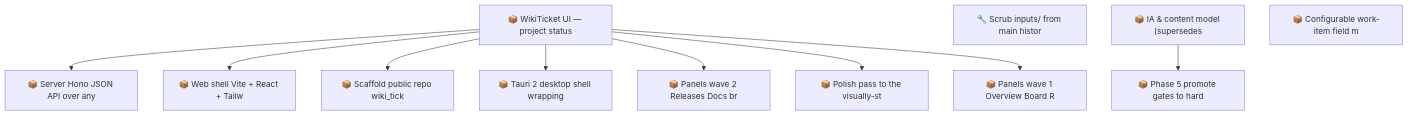
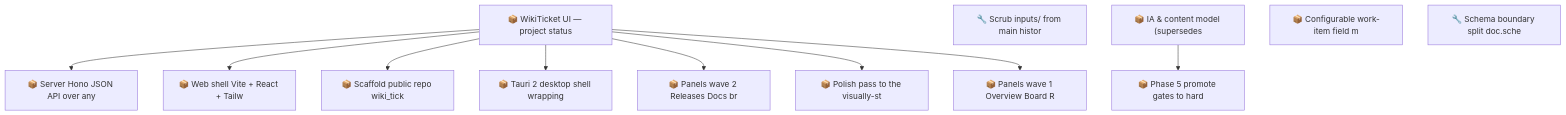
Before and after one commit to SpillwaveSolutions/wiki_ticket_sdd: the second of 2 diagrams in docs/roadmap.md, drawn with Mermaid. The commit also changed other lines of this file and 11 other files, not shown here.

First line of the commit message:
fix(ia): repair frozen-plan drift on grok viz plan; pin schema/ia.py equivalence (items 01KY5QJARJ, 01KY5QJAY8)

````diff
--- a/docs/roadmap.md
+++ b/docs/roadmap.md
@@ -98,23 +100,24 @@
 ```mermaid
 graph TD
     01KY111BC71KJGNH55CB2DWMKN["📦 Server Hono JSON API over any"]
     01KY111BC7B70C7M2RF1E57G17["📦 Web shell Vite + React + Tailw"]
     01KY111BC7NJ4BE7JBDK2P6Y56["📦 Scaffold public repo wiki_tick"]
     01KY111BC7PABV8W6SDNVQACSN["📦 WikiTicket UI — project status"]
     01KY111BC842N3J7Y7H85NHSEG["📦 Tauri 2 desktop shell wrapping"]
     01KY111BC88FS6QD49JADZ9CJ5["📦 Panels wave 2 Releases Docs br"]
     01KY111BC8F9BH0T3TERYEFC3C["📦 Polish pass to the visually-st"]
     01KY111BC8QJAS9KH7N368N6RF["📦 Panels wave 1 Overview Board R"]
     01KY2KHHF43KAZ54F57BQW71TD["🔧 Scrub inputs/ from main histor"]
     01KY5G9ZW0H2YMNWDFJYGRPYE5["📦 IA & content model (supersedes"]
     01KY5G9ZW0RABXWHEMEP1FAV2G["📦 Phase 5 promote gates to hard"]
     01KY5NE0ZYGBWG44N0KPEBFCZ8["📦 Configurable work-item field m"]
+    01KY5QV5G05V77TKESCJVY62S3["🔧 Schema boundary split doc.sche"]
     01KY111BC7PABV8W6SDNVQACSN --> 01KY111BC71KJGNH55CB2DWMKN
     01KY111BC7PABV8W6SDNVQACSN --> 01KY111BC7B70C7M2RF1E57G17
     01KY111BC7PABV8W6SDNVQACSN --> 01KY111BC7NJ4BE7JBDK2P6Y56
     01KY111BC7PABV8W6SDNVQACSN --> 01KY111BC842N3J7Y7H85NHSEG
     01KY111BC7PABV8W6SDNVQACSN --> 01KY111BC88FS6QD49JADZ9CJ5
     01KY111BC7PABV8W6SDNVQACSN --> 01KY111BC8F9BH0T3TERYEFC3C
     01KY111BC7PABV8W6SDNVQACSN --> 01KY111BC8QJAS9KH7N368N6RF
     01KY5G9ZW0H2YMNWDFJYGRPYE5 --> 01KY5G9ZW0RABXWHEMEP1FAV2G
 ```
````
